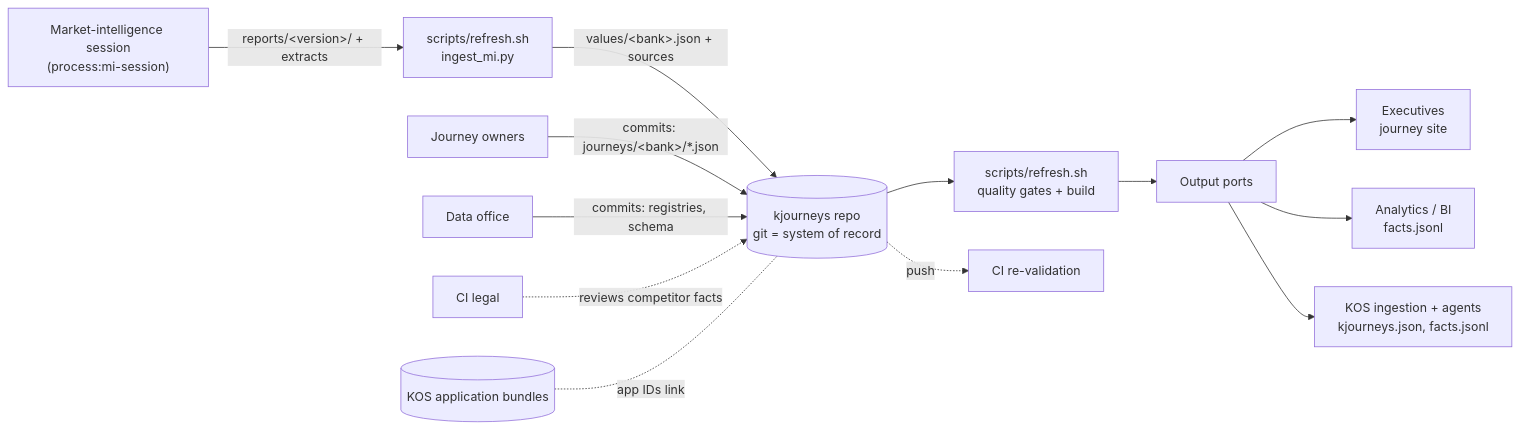
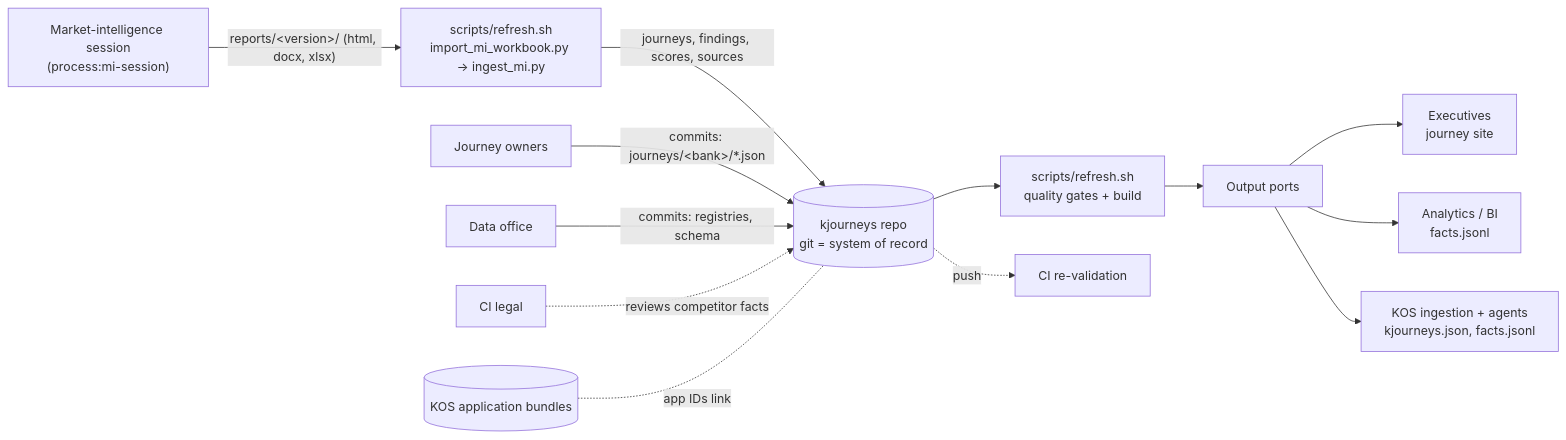
Before and after one commit to muthub-ai/kjourneys: the first of 3 diagrams in docs/architecture.md, drawn with Mermaid. The commit also changed other lines of this file and 640 other files, not shown here.

````diff
--- a/docs/architecture.md
+++ b/docs/architecture.md
@@ -9,15 +9,15 @@
 ```mermaid
 flowchart LR
-  MI["Market-intelligence session<br/>(process:mi-session)"] -->|"reports/&lt;version&gt;/ + extracts"| ING["scripts/refresh.sh<br/>ingest_mi.py"]
-  ING -->|values/&lt;bank&gt;.json + sources| REPO
+  MI["Market-intelligence session<br/>(process:mi-session)"] -->|"reports/&lt;version&gt;/ (html, docx, xlsx)"| ING["scripts/refresh.sh<br/>import_mi_workbook.py → ingest_mi.py"]
+  ING -->|"journeys, findings, scores, sources"| REPO
   JO["Journey owners"] -->|"commits: journeys/&lt;bank&gt;/*.json"| REPO
   DO["Data office"] -->|"commits: registries, schema"| REPO
   LG["CI legal"] -.->|reviews competitor facts| REPO
   REPO[("kjourneys repo<br/>git = system of record")] --> RF["scripts/refresh.sh<br/>quality gates + build"]
   RF --> PORTS["Output ports"]
   REPO -.->|push| CI["CI re-validation"]
   PORTS --> EX["Executives<br/>journey site"]
   PORTS --> AN["Analytics / BI<br/>facts.jsonl"]
   PORTS --> KOS["KOS ingestion + agents<br/>kjourneys.json, facts.jsonl"]
   KB[("KOS application bundles")] -. app IDs link .- REPO
 ```
````
